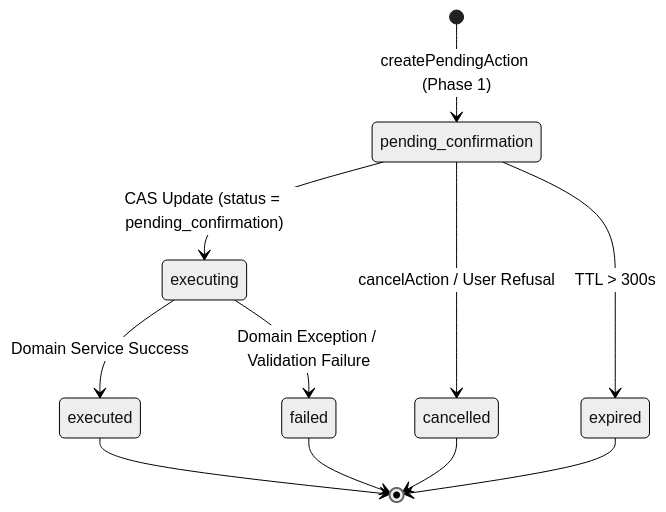
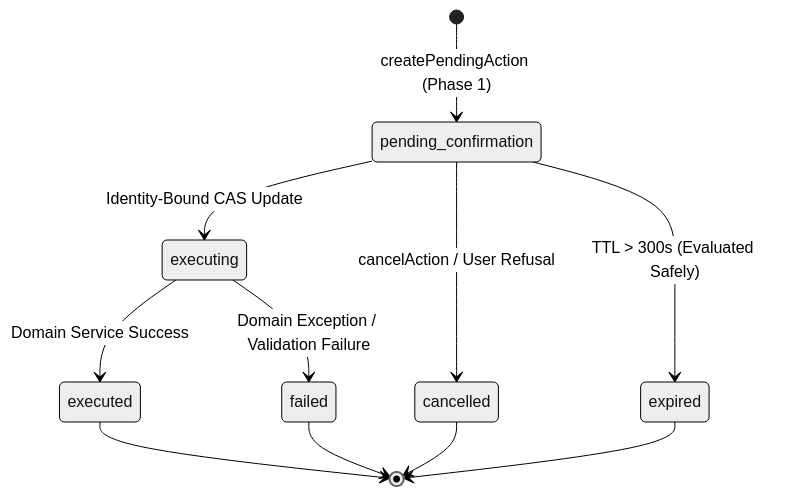
One commit to ahferreira01-del/arkpet-atual changed the diagram in R41_E_ARCHITECTURE.md. Above: the diagram before and after it, drawn with Mermaid (neutral theme). The commit also changed other lines of this file and 15 other files, not shown here.

````diff
--- a/R41_E_ARCHITECTURE.md
+++ b/R41_E_ARCHITECTURE.md
@@ -134,13 +162,13 @@
 ```mermaid
 stateDiagram-v2
     [*] --> pending_confirmation: createPendingAction (Phase 1)
-    pending_confirmation --> executing: CAS Update (status = pending_confirmation)
+    pending_confirmation --> executing: Identity-Bound CAS Update
     pending_confirmation --> cancelled: cancelAction / User Refusal
-    pending_confirmation --> expired: TTL > 300s
+    pending_confirmation --> expired: TTL > 300s (Evaluated Safely)
     executing --> executed: Domain Service Success
     executing --> failed: Domain Exception / Validation Failure
     executed --> [*]
     cancelled --> [*]
     expired --> [*]
     failed --> [*]
 ```
````
